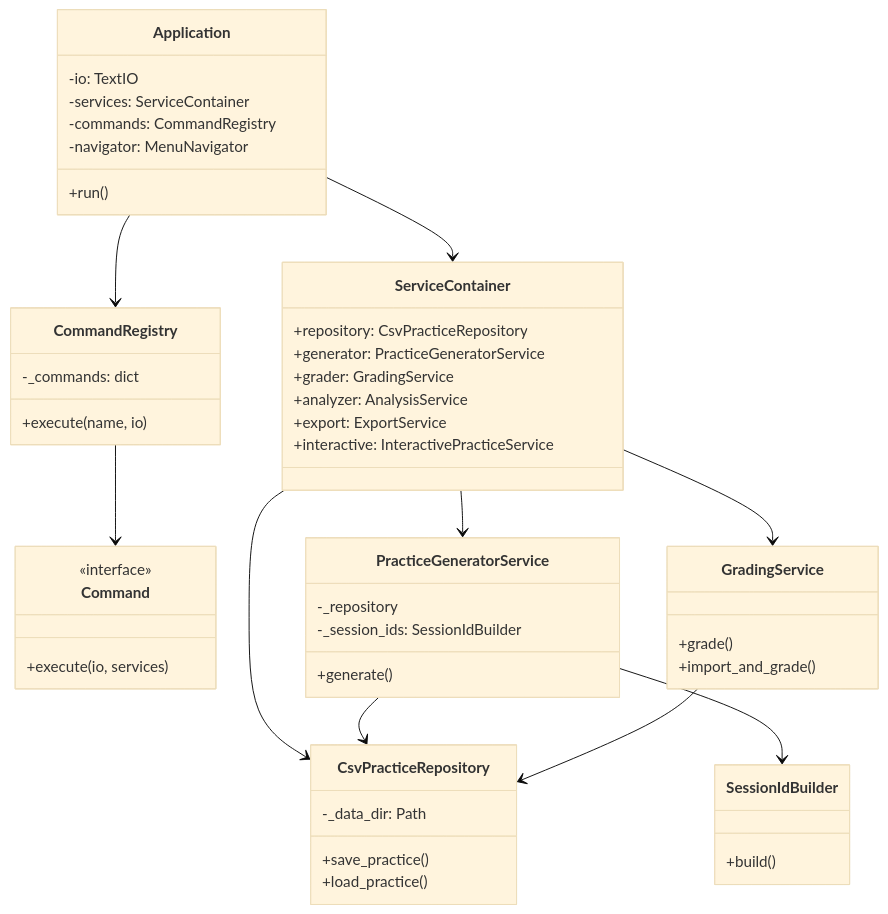
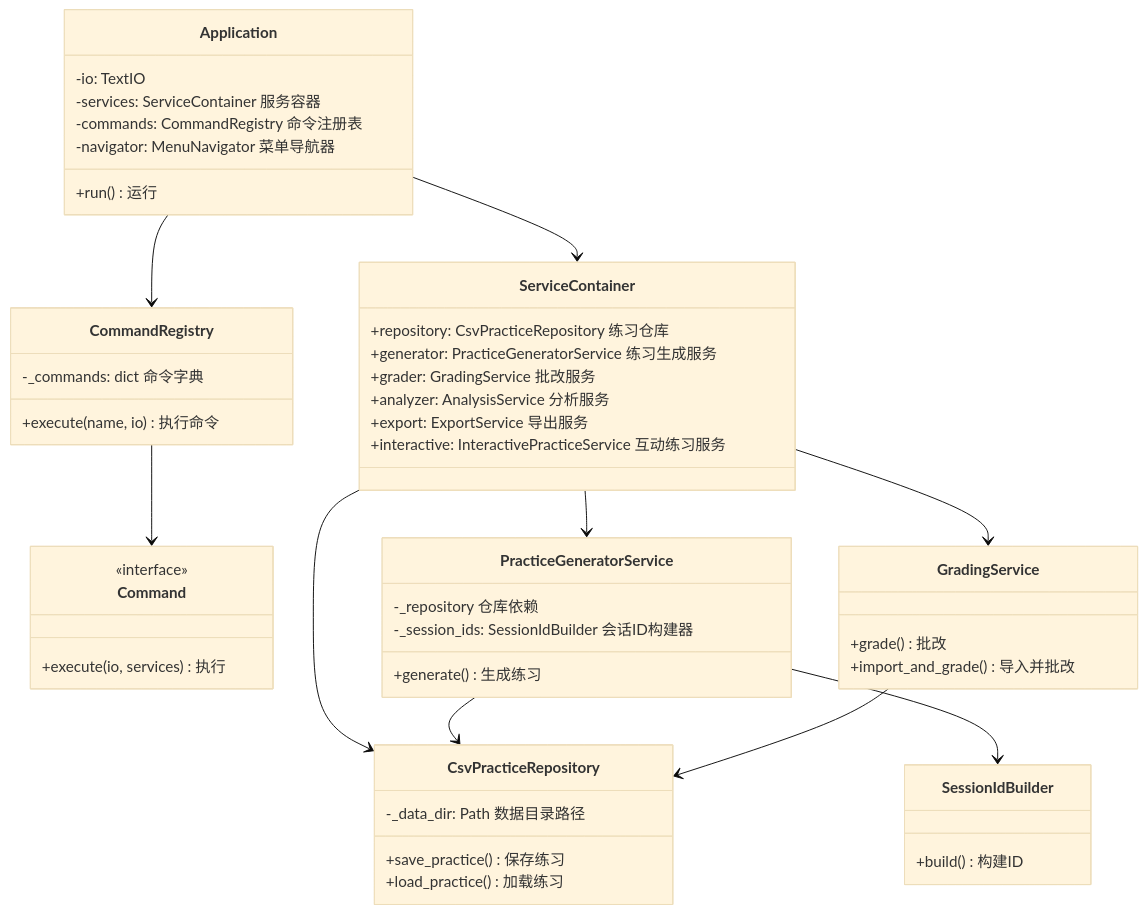
Before and after one commit to fumiaogodv/tese_four_liu: the second of 2 diagrams in docs/REFACTORING.md, drawn with Mermaid (base theme). The commit also changed other lines of this file and 1 other file, not shown here.

````diff
--- a/docs/REFACTORING.md
+++ b/docs/REFACTORING.md
@@ -69,62 +69,63 @@
 ```mermaid
 classDiagram
     direction TB
 
     class Application {
         -io: TextIO
-        -services: ServiceContainer
-        -commands: CommandRegistry
-        -navigator: MenuNavigator
-        +run()
+        -services: ServiceContainer 服务容器
+        -commands: CommandRegistry 命令注册表
+        -navigator: MenuNavigator 菜单导航器
+        +run() 运行
     }
 
     class ServiceContainer {
-        +repository: CsvPracticeRepository
-        +generator: PracticeGeneratorService
-        +grader: GradingService
-        +analyzer: AnalysisService
-        +export: ExportService
-        +interactive: InteractivePracticeService
+        +repository: CsvPracticeRepository 练习仓库
+        +generator: PracticeGeneratorService 练习生成服务
+        +grader: GradingService 批改服务
+        +analyzer: AnalysisService 分析服务
+        +export: ExportService 导出服务
+        +interactive: InteractivePracticeService 互动练习服务
     }
 
     class CommandRegistry {
-        -_commands: dict
-        +execute(name, io)
+        -_commands: dict 命令字典
+        +execute(name, io) 执行命令
     }
 
     class Command {
         <<interface>>
-        +execute(io, services)
+        <<接口>>
+        +execute(io, services) 执行
     }
 
     class CsvPracticeRepository {
-        -_data_dir: Path
-        +save_practice()
-        +load_practice()
+        -_data_dir: Path 数据目录路径
+        +save_practice() 保存练习
+        +load_practice() 加载练习
     }
 
     class PracticeGeneratorService {
-        -_repository
-        -_session_ids: SessionIdBuilder
-        +generate()
+        -_repository 仓库依赖
+        -_session_ids: SessionIdBuilder 会话ID构建器
+        +generate() 生成练习
     }
 
     class GradingService {
-        +grade()
-        +import_and_grade()
+        +grade() 批改
+        +import_and_grade() 导入并批改
     }
 
     class SessionIdBuilder {
-        +build()
+        +build() 构建ID
     }
 
     Application --> ServiceContainer
     Application --> CommandRegistry
     CommandRegistry --> Command
     ServiceContainer --> CsvPracticeRepository
     ServiceContainer --> PracticeGeneratorService
     ServiceContainer --> GradingService
     PracticeGeneratorService --> CsvPracticeRepository
     PracticeGeneratorService --> SessionIdBuilder
     GradingService --> CsvPracticeRepository
 ```
````
